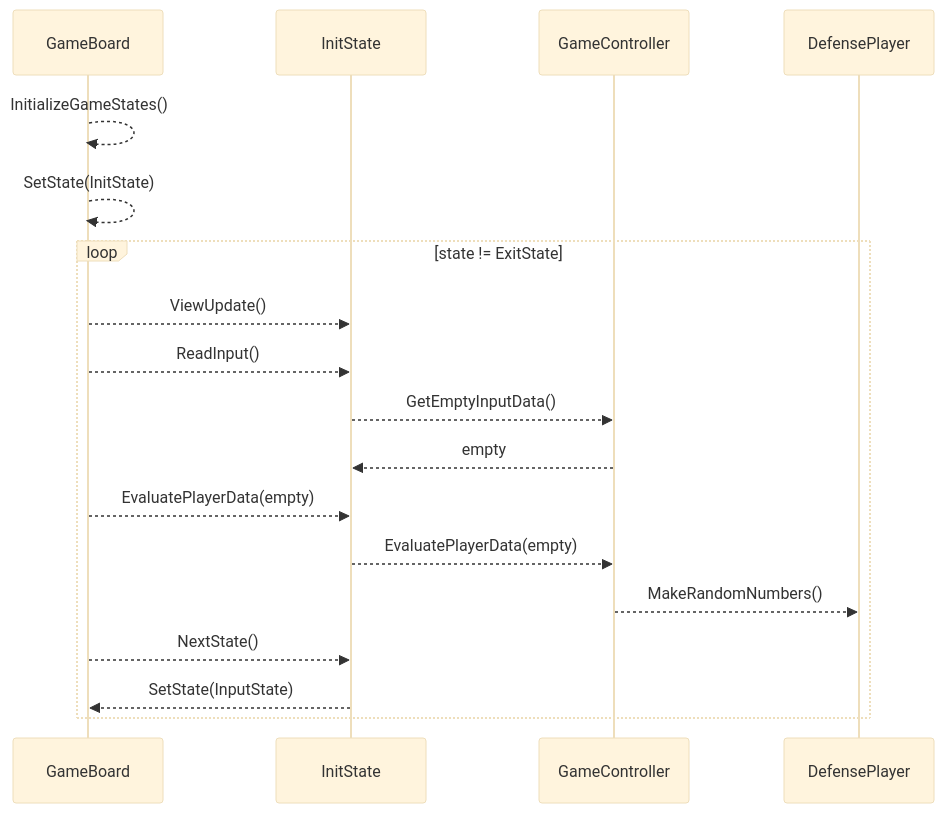
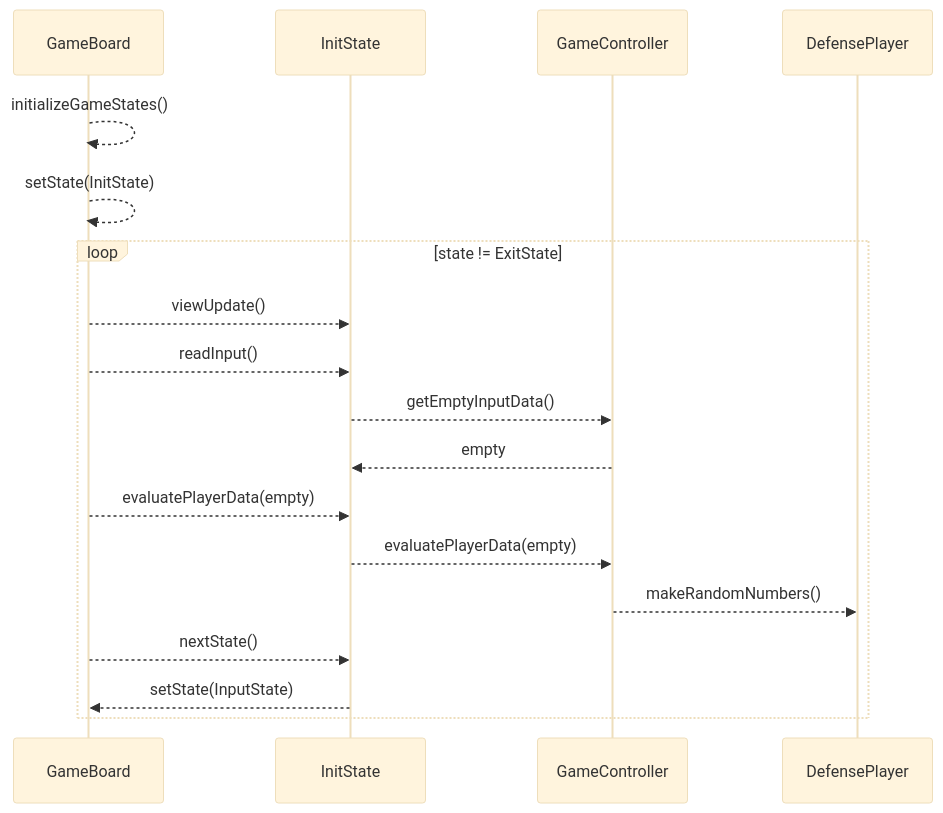
One commit to digiry/java-baseball-precourse changed the second of 7 diagrams in docs/sequence_diagram.md. Above: the diagram before and after it, drawn with Mermaid (base theme). The commit also changed other lines of this file and 1 other file, not shown here.

````diff
--- a/docs/sequence_diagram.md
+++ b/docs/sequence_diagram.md
@@ -32,25 +32,25 @@
 ```mermaid
 sequenceDiagram
     participant GameBoard
     participant InitState
     participant GameController
     participant DefensePlayer
 
-    GameBoard -->> GameBoard: InitializeGameStates()
-    GameBoard -->> GameBoard: SetState(InitState)
+    GameBoard -->> GameBoard: initializeGameStates()
+    GameBoard -->> GameBoard: setState(InitState)
 
     loop state != ExitState
-        GameBoard -->> InitState: ViewUpdate()
+        GameBoard -->> InitState: viewUpdate()
 
-        GameBoard -->> InitState: ReadInput()
-        InitState -->> GameController: GetEmptyInputData()
+        GameBoard -->> InitState: readInput()
+        InitState -->> GameController: getEmptyInputData()
         GameController -->> InitState: empty
 
-        GameBoard -->> InitState: EvaluatePlayerData(empty)
-        InitState -->> GameController: EvaluatePlayerData(empty)
-        GameController -->> DefensePlayer: MakeRandomNumbers()
+        GameBoard -->> InitState: evaluatePlayerData(empty)
+        InitState -->> GameController: evaluatePlayerData(empty)
+        GameController -->> DefensePlayer: makeRandomNumbers()
 
-        GameBoard -->> InitState: NextState()
-        InitState -->> GameBoard: SetState(InputState)
+        GameBoard -->> InitState: nextState()
+        InitState -->> GameBoard: setState(InputState)
     end
 ```
````
